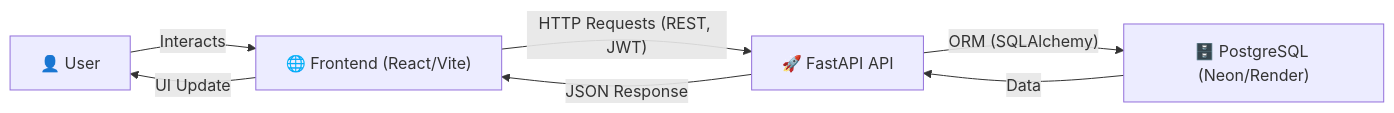
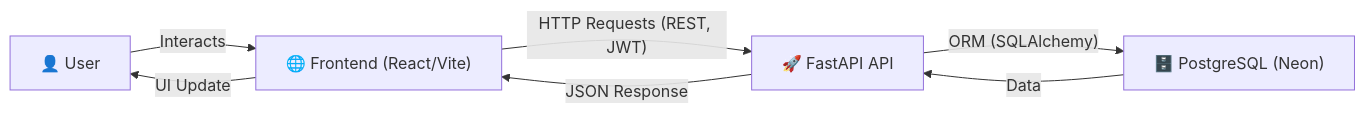
The first of 2 diagrams in README.md (FilipePacheco73/Bellum-Astrum), drawn with Mermaid before and after one commit. The commit also changed other lines of this file and 20 other files, not shown here.

First line of the commit message:
feat: Implement work system with CRUD operations, API routes, and schemas

````diff
--- a/README.md
+++ b/README.md
@@ -229,14 +246,14 @@
 ```mermaid
 flowchart LR
     User["👤 User"]
     Frontend["🌐 Frontend (React/Vite)"]
     API["🚀 FastAPI API"]
-    DB["🗄️ PostgreSQL (Neon/Render)"]
+    DB["🗄️ PostgreSQL (Neon)"]
 
     User -->|"Interacts"| Frontend
     Frontend -->|"HTTP Requests (REST, JWT)"| API
     API -->|"ORM (SQLAlchemy)"| DB
     DB -->|"Data"| API
     API -->|"JSON Response"| Frontend
     Frontend -->|"UI Update"| User
 ```
````
